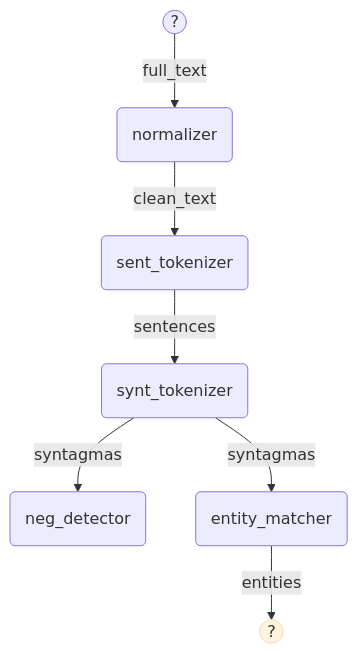
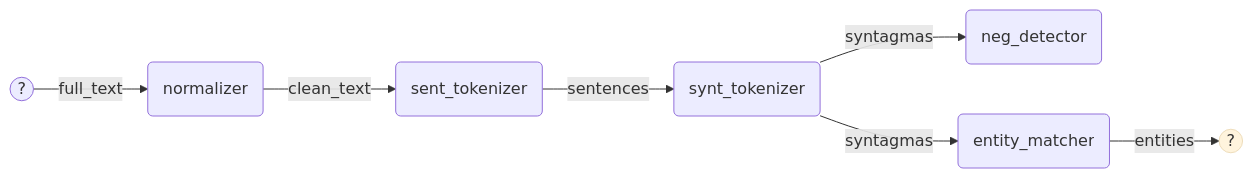
The diagram in docs/user_guide/pipeline.md (TeamHeka/medkit), drawn with Mermaid before and after one commit.

Commit message:
In pipeline tutorial, change graph orientation

````diff
--- a/docs/user_guide/pipeline.md
+++ b/docs/user_guide/pipeline.md
@@ -142,20 +142,20 @@
 ```{mermaid}
 :align: center
-graph TB
+graph LR
     A((?))
     B(normalizer)
     C(sent_tokenizer)
     D(synt_tokenizer)
     E(neg_detector)
     F(entity_matcher)
     G((?)):::io
 
     A -- full_text --> B
     B -- clean_text --> C
     C -- sentences --> D
     D -- syntagmas --> E
     D -- syntagmas --> F
     F -- entities --> G
 
     classDef io fill:#fff4dd,stroke:#edb:
 ```
````
